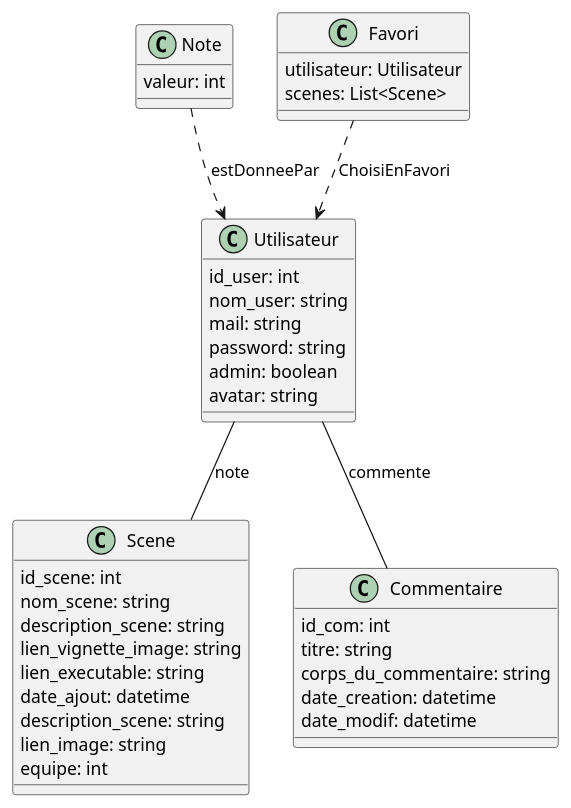
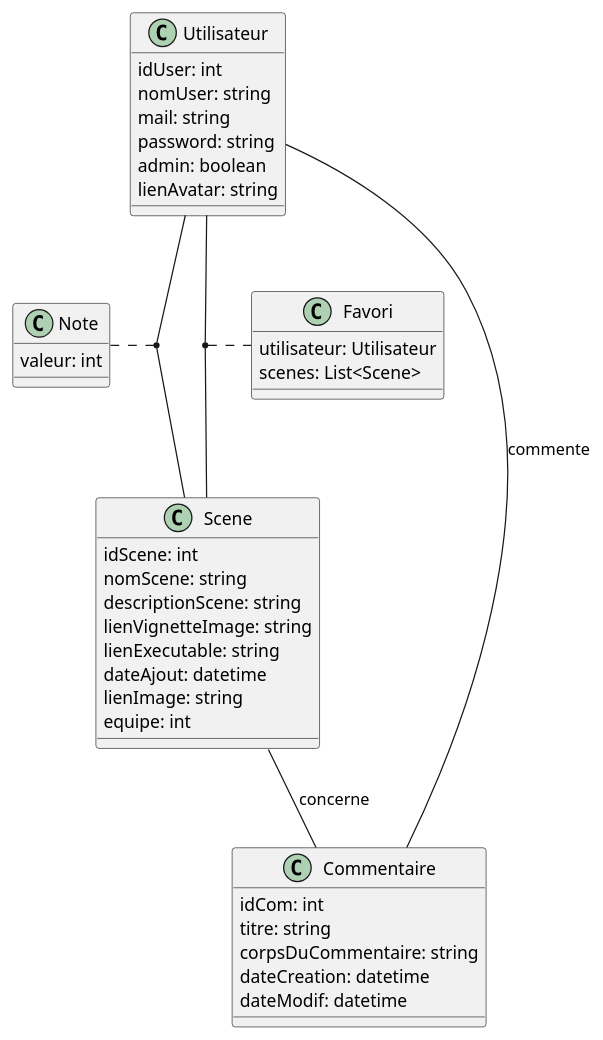
One commit to RayzerDev/RayTracer-WebSite changed the diagram in diag_mcd.plantuml. Above: the diagram before and after it, drawn with PlantUML. The commit also changed 1 other file, not shown here.

Commit message:
Finition des diagrammes

```diff
--- a/diag_mcd.plantuml
+++ b/diag_mcd.plantuml
@@ -1,47 +1,49 @@
 @startuml
 
 class Scene {
-  id_scene: int
-  nom_scene: string
-  description_scene: string
-  lien_vignette_image: string
-  lien_executable: string
-  date_ajout: datetime
-  description_scene: string
-  lien_image: string
+  idScene: int
+  nomScene: string
+  descriptionScene: string
+  lienVignetteImage: string
+  lienExecutable: string
+  dateAjout: datetime
+  lienImage: string
   equipe: int
 }
 
 class Utilisateur {
-  id_user: int
-  nom_user: string
+  idUser: int
+  nomUser: string
   mail: string
   password: string
   admin: boolean
-  avatar: string
+  lienAvatar: string
 }
 
 class Commentaire {
-  id_com: int
+  idCom: int
   titre: string
-  corps_du_commentaire: string
-  date_creation: datetime
-  date_modif: datetime
+  corpsDuCommentaire: string
+  dateCreation: datetime
+  dateModif: datetime
 }
 
 class Note{
    valeur: int
 }
 
 class Favori {
   utilisateur: Utilisateur
   scenes: List<Scene>
 }
 
 Utilisateur  --  Commentaire : commente
-Utilisateur -- Scene : note
 
-Note ..> Utilisateur : estDonneePar
-Favori ..> Utilisateur : ChoisiEnFavori
+Scene  --  Commentaire : concerne
+
+(Utilisateur, Scene) .. Note
+
+(Utilisateur, Scene) .. Favori
+
 
 @enduml
```
